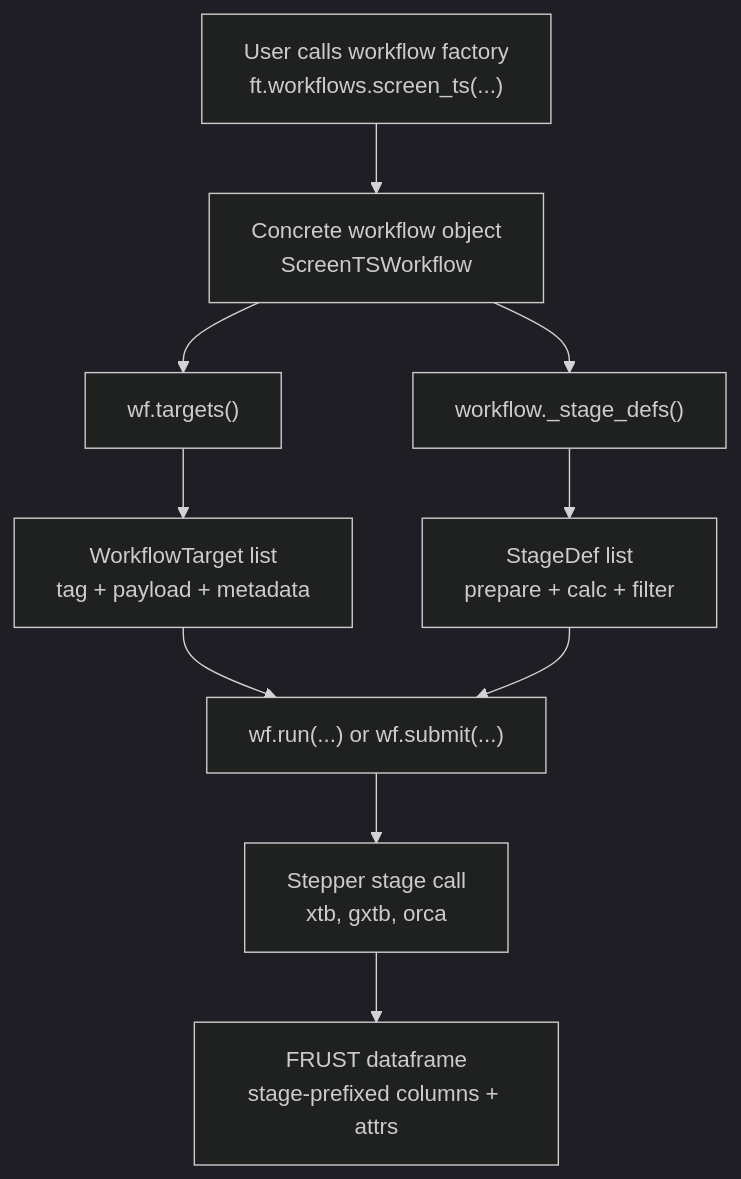
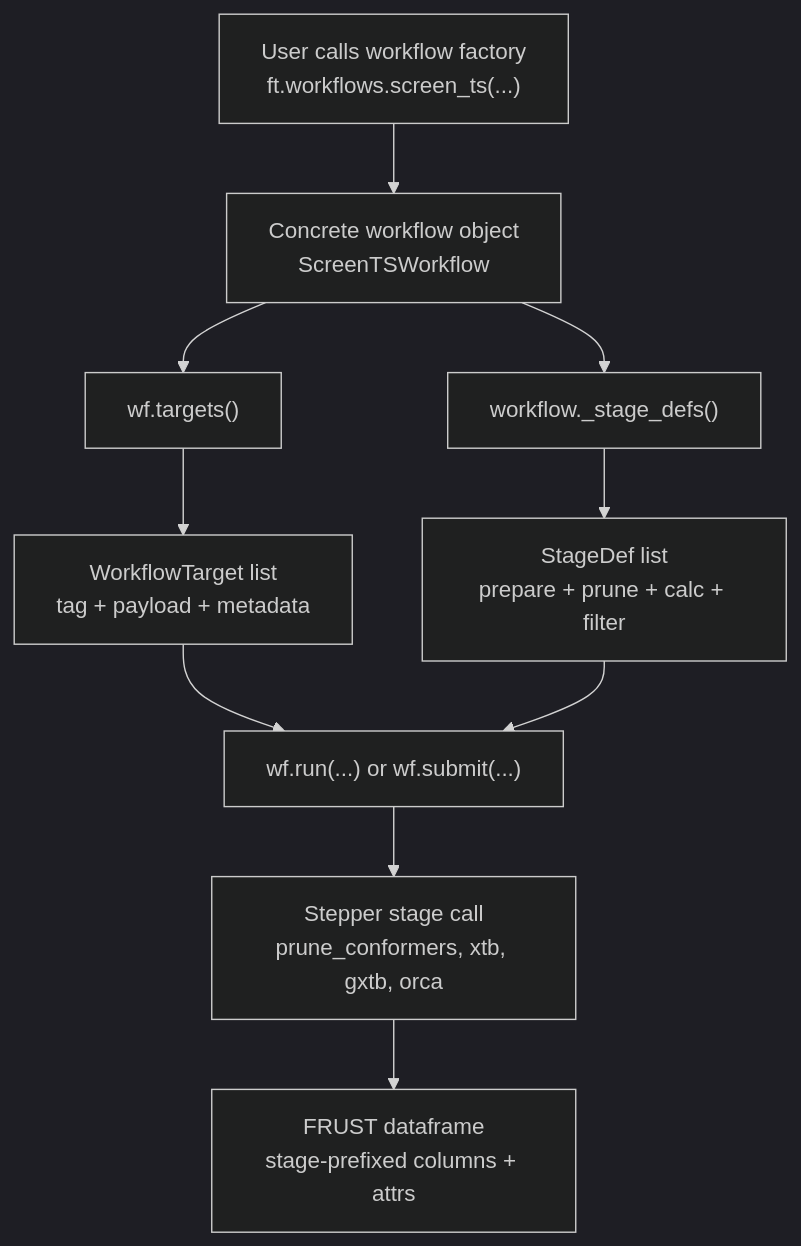
The first of 4 diagrams in docs/development/workflow-architecture.md (MolinDiscovery/FRUST), drawn with Mermaid (dark theme) before and after one commit. The commit also changed other lines of this file and 40 other files, not shown here.

````diff
--- a/docs/development/workflow-architecture.md
+++ b/docs/development/workflow-architecture.md
@@ -49,18 +49,18 @@
 ```mermaid
 flowchart TD
     A["User calls workflow factory<br/>ft.workflows.screen_ts(...)"]
     B["Concrete workflow object<br/>ScreenTSWorkflow"]
     C["wf.targets()"]
     D["WorkflowTarget list<br/>tag + payload + metadata"]
     E["workflow._stage_defs()"]
-    F["StageDef list<br/>prepare + calc + filter"]
+    F["StageDef list<br/>prepare + prune + calc + filter"]
     G["wf.run(...) or wf.submit(...)"]
-    H["Stepper stage call<br/>xtb, gxtb, orca"]
+    H["Stepper stage call<br/>prune_conformers, xtb, gxtb, orca"]
     I["FRUST dataframe<br/>stage-prefixed columns + attrs"]
 
     A --> B --> C --> D
     B --> E --> F
     D --> G
     F --> G
     G --> H --> I
 ```
````
